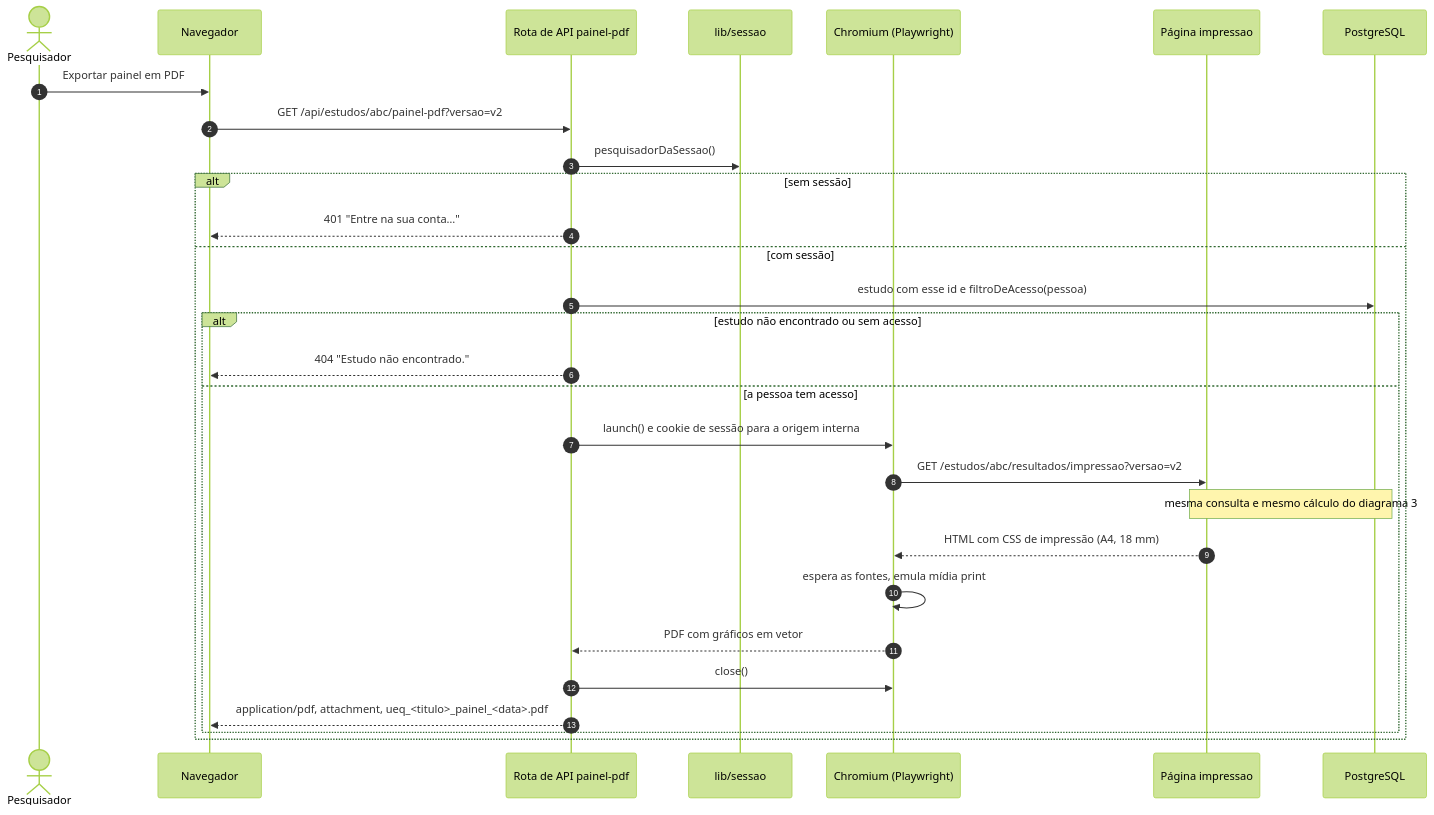
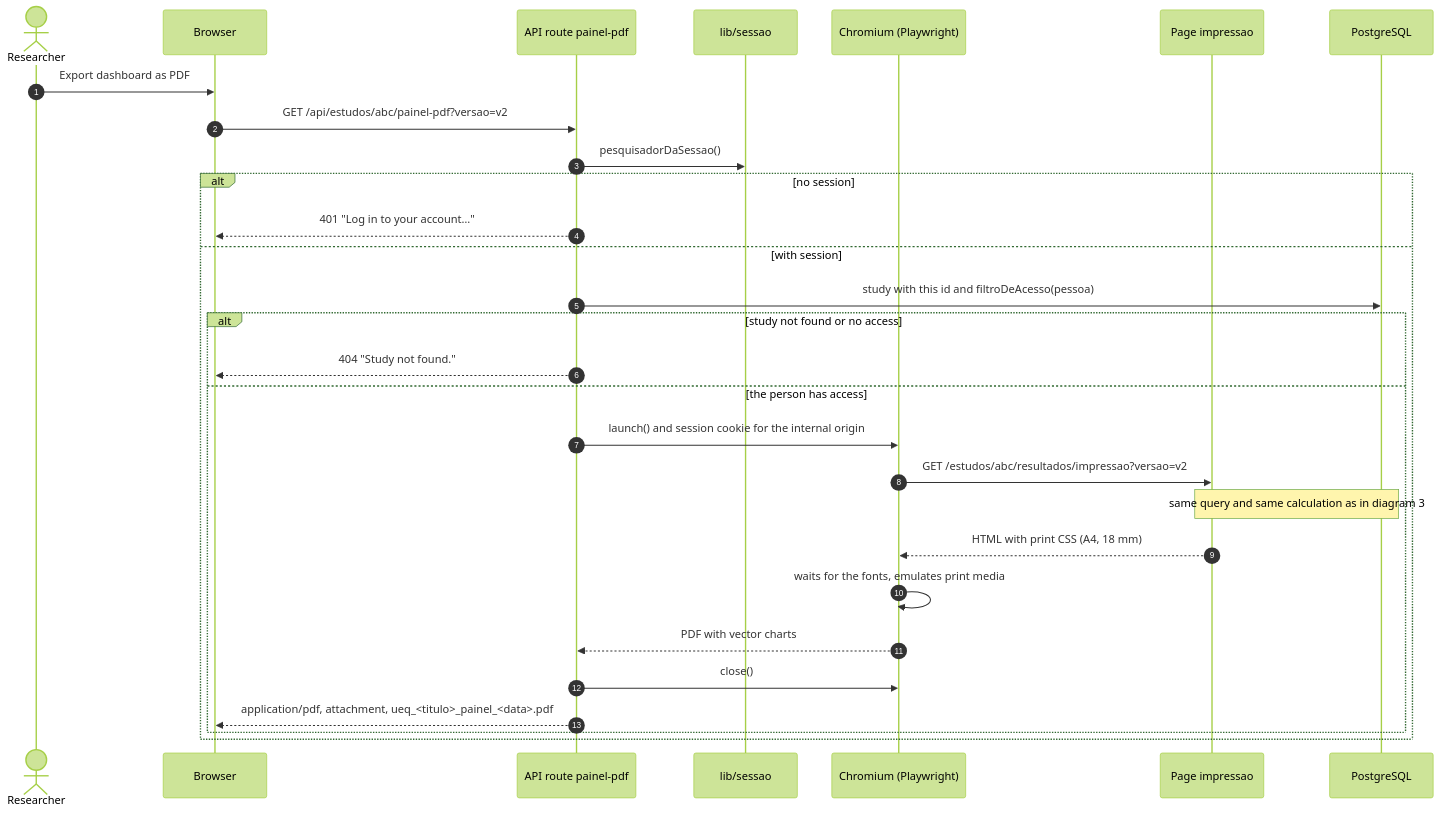
One commit to gabrielfjm/ueq_form_ihc changed the fifth of 8 diagrams in docs/documentacao/diagramas-de-sequencia.md. Above: the diagram before and after it, drawn with Mermaid (forest theme). The commit also changed other lines of this file and 151 other files, not shown here.

First line of the commit message:
mostra a documentação no idioma da interface, com os diagramas em inglês

````diff
--- a/docs/documentacao/diagramas-de-sequencia.md
+++ b/docs/documentacao/diagramas-de-sequencia.md
@@ -234,32 +234,32 @@
 ```mermaid
 sequenceDiagram
     autonumber
-    actor Pesq as Pesquisador
-    participant Nav as Navegador
-    participant Rota as Rota de API painel-pdf
+    actor Pesq as Researcher
+    participant Nav as Browser
+    participant Rota as API route painel-pdf
     participant Sessao as lib/sessao
     participant Chrome as Chromium (Playwright)
-    participant Imp as Página impressao
+    participant Imp as Page impressao
     participant BD as PostgreSQL
 
-    Pesq->>Nav: Exportar painel em PDF
+    Pesq->>Nav: Export dashboard as PDF
     Nav->>Rota: GET /api/estudos/abc/painel-pdf?versao=v2
     Rota->>Sessao: pesquisadorDaSessao()
-    alt sem sessão
-        Rota-->>Nav: 401 "Entre na sua conta…"
-    else com sessão
-        Rota->>BD: estudo com esse id e filtroDeAcesso(pessoa)
-        alt estudo não encontrado ou sem acesso
-            Rota-->>Nav: 404 "Estudo não encontrado."
-        else a pessoa tem acesso
-            Rota->>Chrome: launch() e cookie de sessão para a origem interna
+    alt no session
+        Rota-->>Nav: 401 "Log in to your account…"
+    else with session
+        Rota->>BD: study with this id and filtroDeAcesso(pessoa)
+        alt study not found or no access
+            Rota-->>Nav: 404 "Study not found."
+        else the person has access
+            Rota->>Chrome: launch() and session cookie for the internal origin
             Chrome->>Imp: GET /estudos/abc/resultados/impressao?versao=v2
-            Note over Imp,BD: mesma consulta e mesmo cálculo do diagrama 3
-            Imp-->>Chrome: HTML com CSS de impressão (A4, 18 mm)
-            Chrome->>Chrome: espera as fontes, emula mídia print
-            Chrome-->>Rota: PDF com gráficos em vetor
+            Note over Imp,BD: same query and same calculation as in diagram 3
+            Imp-->>Chrome: HTML with print CSS (A4, 18 mm)
+            Chrome->>Chrome: waits for the fonts, emulates print media
+            Chrome-->>Rota: PDF with vector charts
             Rota->>Chrome: close()
             Rota-->>Nav: application/pdf, attachment, ueq_<titulo>_painel_<data>.pdf
         end
     end
 ```
````
